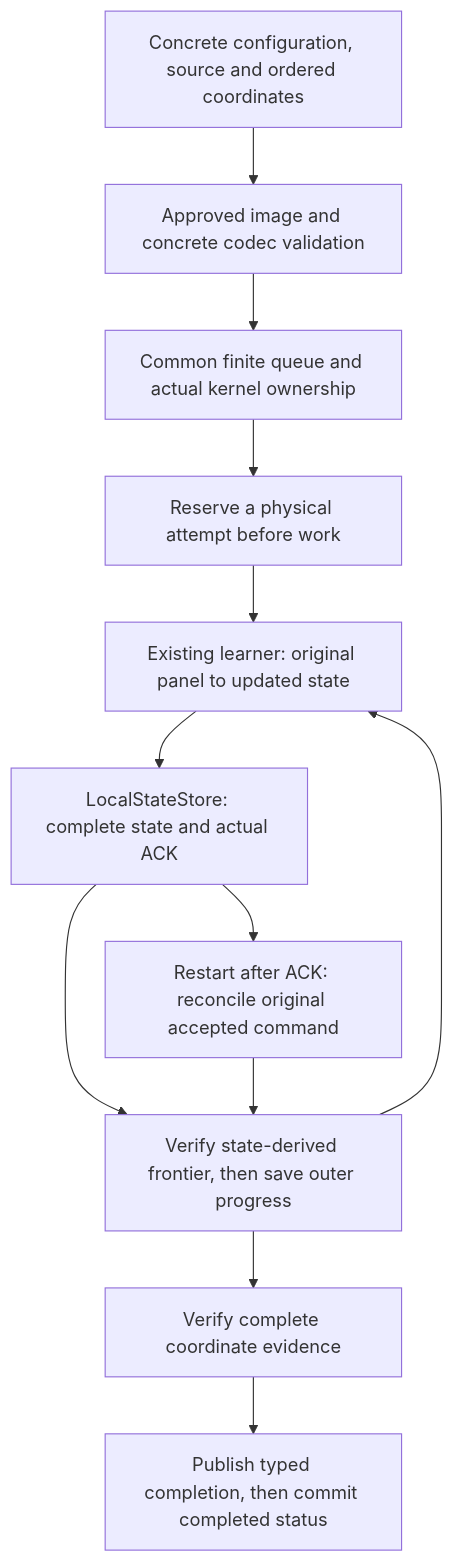
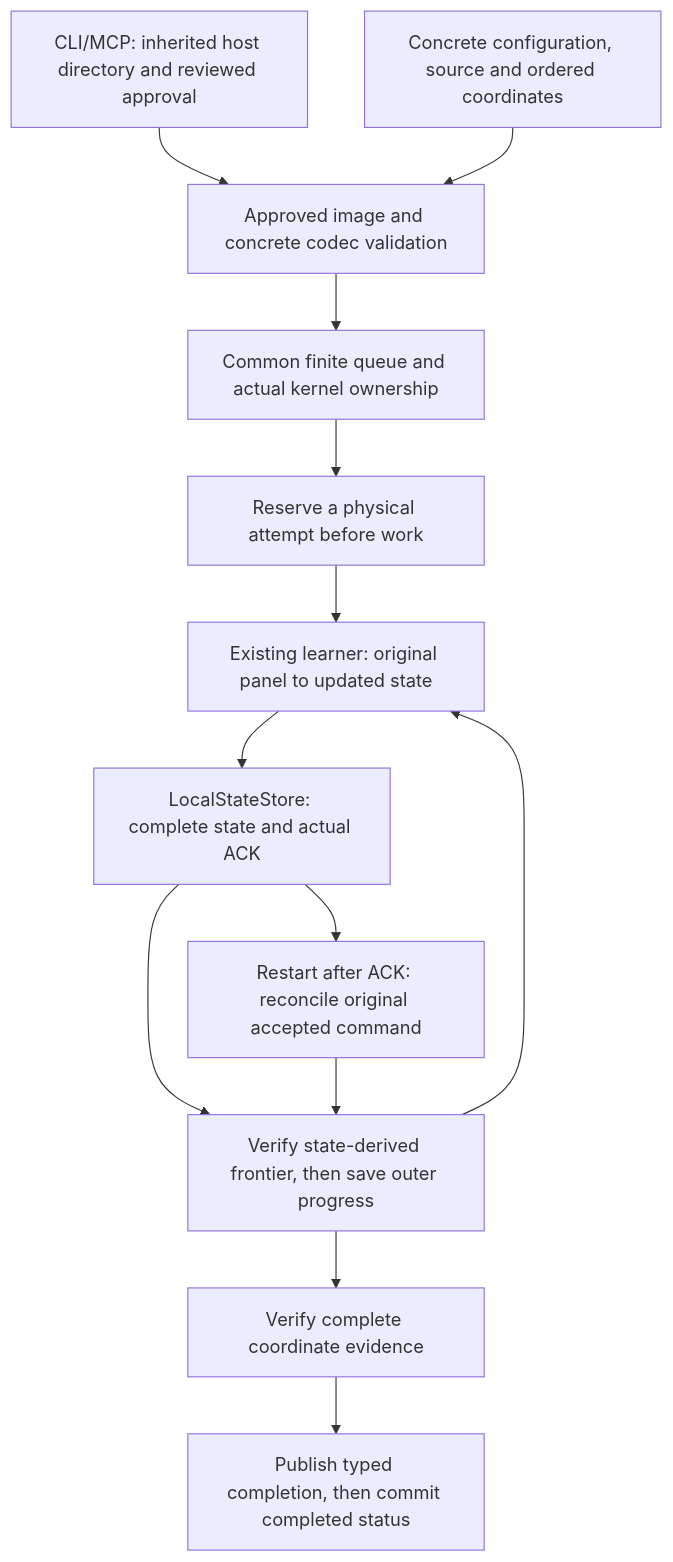
One commit to jacksonpradolima/coleman changed the diagram in docs/typed-execution.md. Above: the diagram before and after it, drawn with Mermaid. The commit also changed other lines of this file and 24 other files, not shown here.

````diff
--- a/docs/typed-execution.md
+++ b/docs/typed-execution.md
@@ -45,14 +45,15 @@
 ```mermaid
 flowchart TD
+    H["CLI/MCP: inherited host directory and reviewed approval"] --> P
     I["Concrete configuration, source and ordered coordinates"] --> P["Approved image and concrete codec validation"]
     P --> Q["Common finite queue and actual kernel ownership"]
     Q --> A["Reserve a physical attempt before work"]
     A --> L["Existing learner: original panel to updated state"]
     L --> C["LocalStateStore: complete state and actual ACK"]
     C --> F["Verify state-derived frontier, then save outer progress"]
     F --> L
     F --> R["Verify complete coordinate evidence"]
     R --> O["Publish typed completion, then commit completed status"]
     C --> G["Restart after ACK: reconcile original accepted command"]
     G --> F
 ```
````
